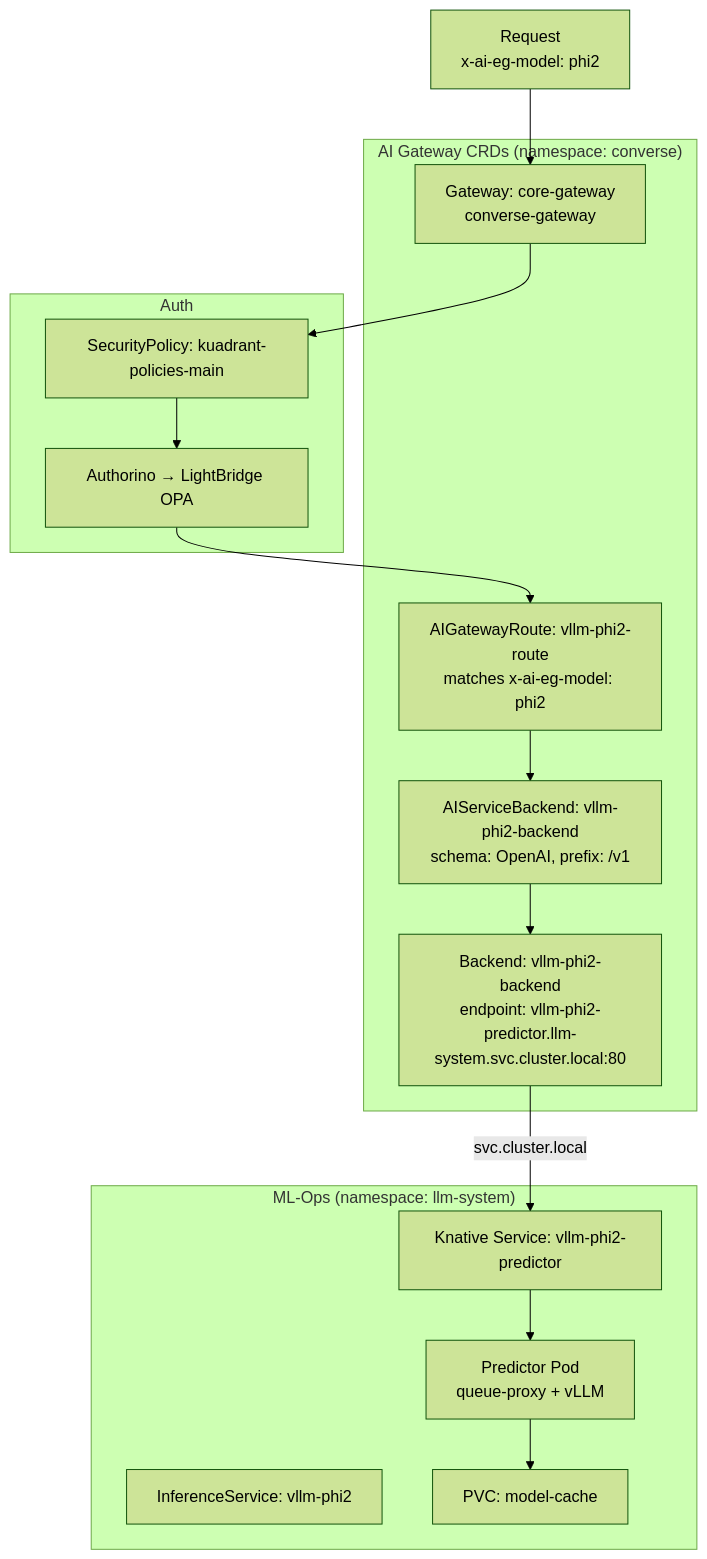
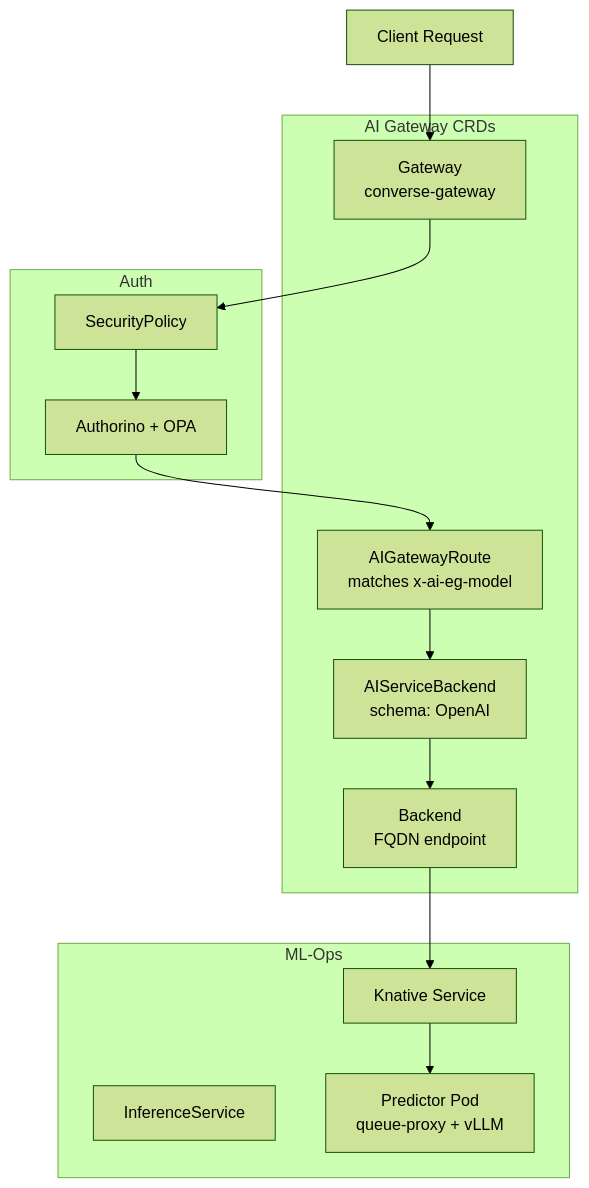
One commit to Dericko681/local-model-deployment changed the third of 3 diagrams in docs/ai-ops-integration.md. Above: the diagram before and after it, drawn with Mermaid (forest theme). The commit also changed other lines of this file, not shown here.

Commit message:
remove specifi model names

````diff
--- a/docs/ai-ops-integration.md
+++ b/docs/ai-ops-integration.md
@@ -366,31 +315,29 @@
 ```mermaid
 flowchart TB
-    subgraph AIGW["AI Gateway CRDs (namespace: converse)"]
-        GW["Gateway: core-gateway<br/>converse-gateway"]
-        AGR["AIGatewayRoute: vllm-phi2-route<br/>matches x-ai-eg-model: phi2"]
-        ASB["AIServiceBackend: vllm-phi2-backend<br/>schema: OpenAI, prefix: /v1"]
-        BE["Backend: vllm-phi2-backend<br/>endpoint: vllm-phi2-predictor.llm-system.svc.cluster.local:80"]
+    subgraph CRDs["AI Gateway CRDs"]
+        GW["Gateway<br/>converse-gateway"]
+        AGR["AIGatewayRoute<br/>matches x-ai-eg-model"]
+        ASB["AIServiceBackend<br/>schema: OpenAI"]
+        BE["Backend<br/>FQDN endpoint"]
     end
 
-    subgraph MLOps["ML-Ops (namespace: llm-system)"]
-        IS["InferenceService: vllm-phi2"]
-        KSVC["Knative Service: vllm-phi2-predictor"]
+    subgraph MLOps["ML-Ops"]
+        IS["InferenceService"]
+        KSVC["Knative Service"]
         POD["Predictor Pod<br/>queue-proxy + vLLM"]
-        PVC["PVC: model-cache"]
     end
 
-    subgraph Auth["Auth"]
-        SP["SecurityPolicy: kuadrant-policies-main"]
-        AUTHZ["Authorino → LightBridge OPA"]
+    subgraph Authz["Auth"]
+        SP["SecurityPolicy"]
+        AZ["Authorino + OPA"]
     end
 
-    REQ["Request<br/>x-ai-eg-model: phi2"] --> GW
+    REQ["Client Request"] --> GW
     GW --> SP
-    SP --> AUTHZ
-    AUTHZ --> AGR
+    SP --> AZ
+    AZ --> AGR
     AGR --> ASB
     ASB --> BE
-    BE -->|"svc.cluster.local"| KSVC
+    BE --> KSVC
     KSVC --> POD
-    POD --> PVC
 ```
````
